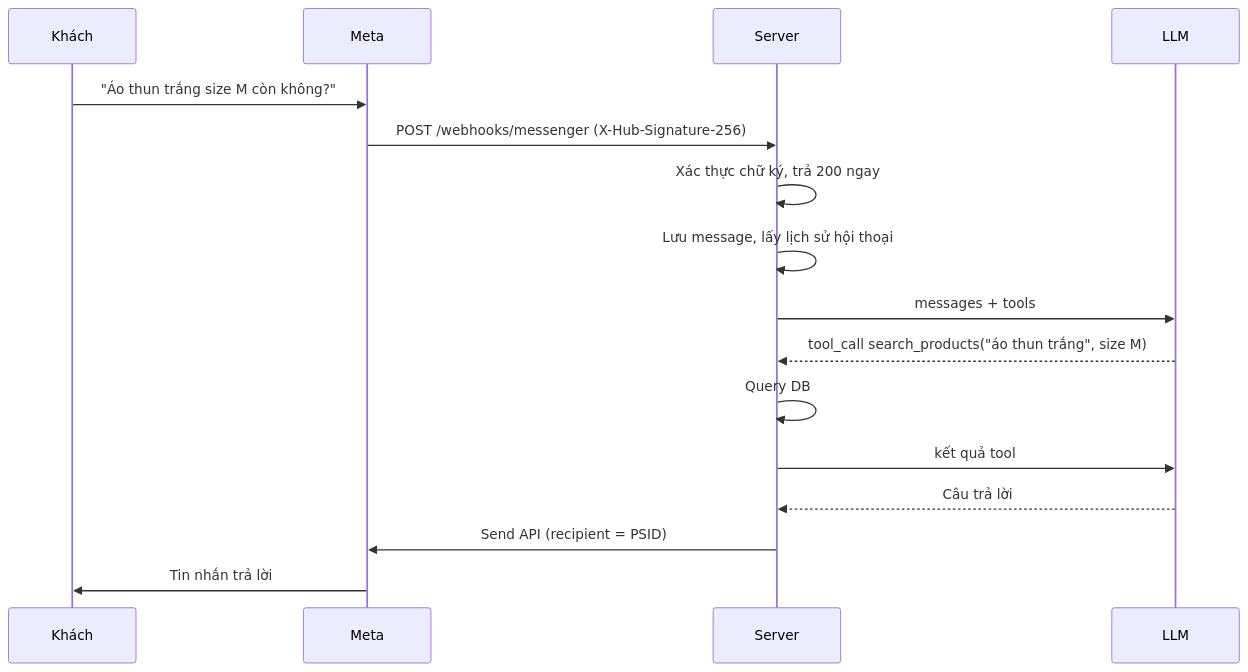
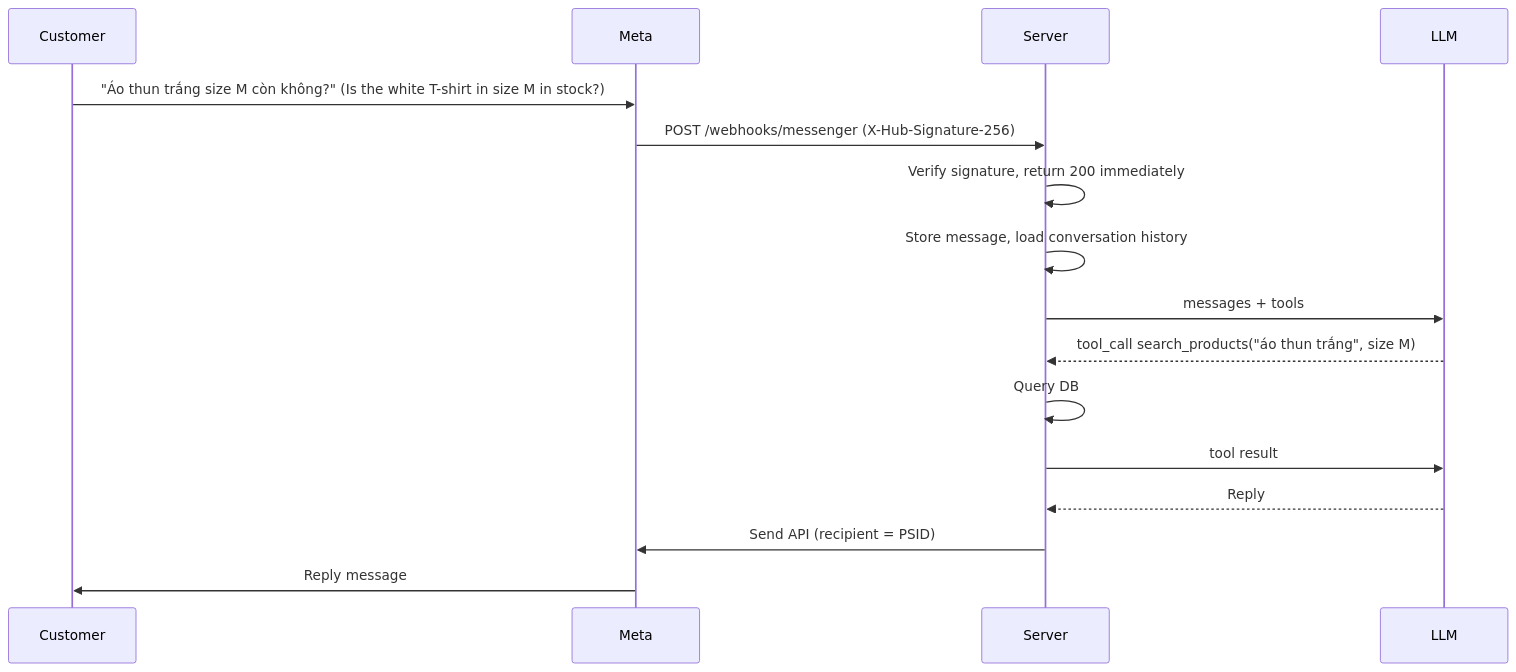
One commit to TDVien05/ai_ecommerce_assisstant changed the second of 4 diagrams in docs/ARCHITECTURE.md. Above: the diagram before and after it, drawn with Mermaid. The commit also changed other lines of this file and 8 other files, not shown here.

````diff
--- a/docs/ARCHITECTURE.md
+++ b/docs/ARCHITECTURE.md
@@ -60,18 +60,18 @@
 ```mermaid
 sequenceDiagram
-  participant C as Khách
+  participant C as Customer
   participant M as Meta
   participant S as Server
   participant AI as LLM
-  C->>M: "Áo thun trắng size M còn không?"
+  C->>M: "Áo thun trắng size M còn không?" (Is the white T-shirt in size M in stock?)
   M->>S: POST /webhooks/messenger (X-Hub-Signature-256)
-  S->>S: Xác thực chữ ký, trả 200 ngay
-  S->>S: Lưu message, lấy lịch sử hội thoại
+  S->>S: Verify signature, return 200 immediately
+  S->>S: Store message, load conversation history
   S->>AI: messages + tools
   AI-->>S: tool_call search_products("áo thun trắng", size M)
   S->>S: Query DB
-  S->>AI: kết quả tool
-  AI-->>S: Câu trả lời
+  S->>AI: tool result
+  AI-->>S: Reply
   S->>M: Send API (recipient = PSID)
-  M->>C: Tin nhắn trả lời
+  M->>C: Reply message
 ```
````
